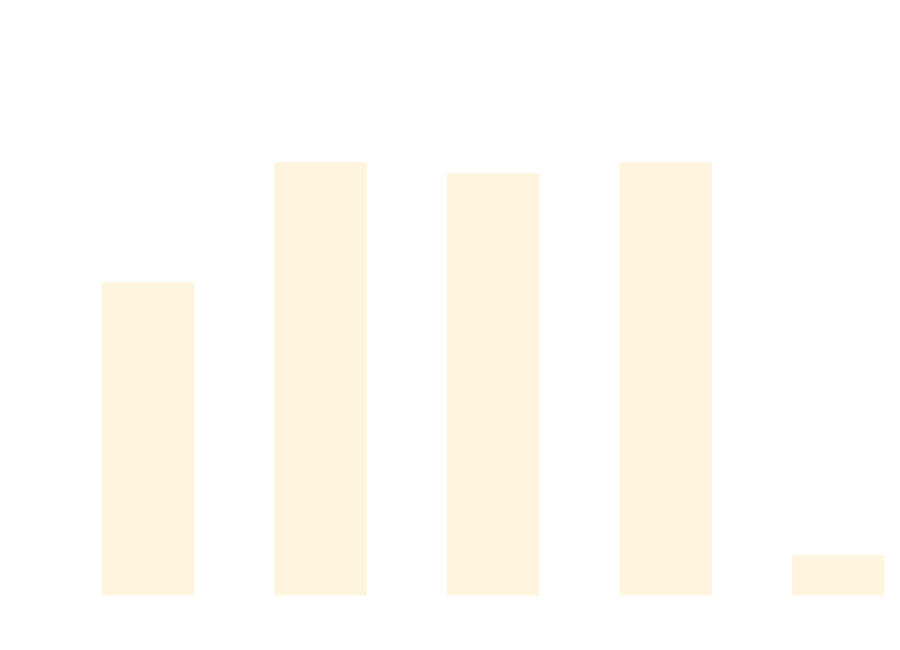
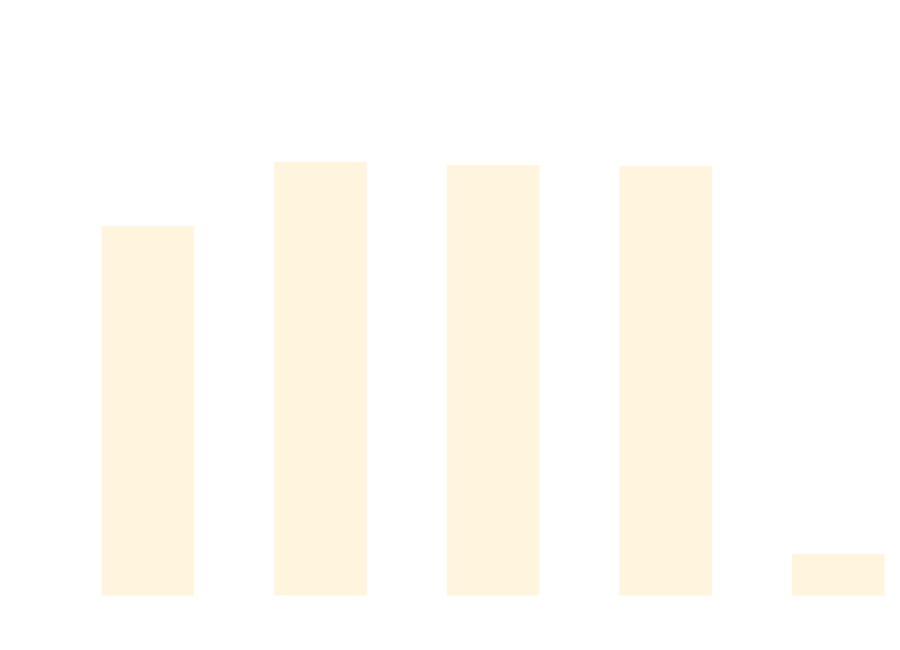
The diagram in docs/docs/benchmarks/ScaleTests.md (thomhurst/TUnit), drawn with Mermaid before and after one commit. The commit also changed other lines of this file and 17 other files, not shown here.

````diff
--- a/docs/docs/benchmarks/ScaleTests.md
+++ b/docs/docs/benchmarks/ScaleTests.md
@@ -27,37 +27,37 @@
 ```mermaid
 %%{init: {
   'theme':'base',
   'themeVariables': {
     'primaryColor': '#2563eb',
     'primaryTextColor': '#ffffff',
     'primaryBorderColor': '#1e40af',
     'lineColor': '#6b7280',
     'secondaryColor': '#7c3aed',
     'tertiaryColor': '#dc2626',
     'background': '#ffffff',
     'mainBkg': '#2563eb',
     'secondBkg': '#7c3aed',
     'tertiaryBkg': '#dc2626',
     'clusterBkg': '#f3f4f6',
     'edgeLabelBackground': '#ffffff',
     'tertiaryTextColor': '#1f2937',
     'pie1': '#2563eb',
     'pie2': '#7c3aed',
     'pie3': '#dc2626',
     'pie4': '#f59e0b',
     'pie5': '#10b981',
     'pie6': '#06b6d4',
     'pie7': '#ec4899',
     'pie8': '#6366f1',
     'pie9': '#84cc16',
     'pie10': '#f97316',
     'pie11': '#14b8a6',
     'pie12': '#a855f7'
   }
 }}%%
 xychart-beta
   title "ScaleTests Performance Comparison"
   x-axis ["TUnit", "NUnit", "MSTest", "xUnit3", "TUnit_AOT"]
-  y-axis "Time (ms)" 0 --> 813
-  bar [484.97, 676.9, 659.56, 676.88, 48.5]
+  y-axis "Time (ms)" 0 --> 744
+  bar [526, 619.91, 615.62, 614.08, 46.63]
 ```
````
